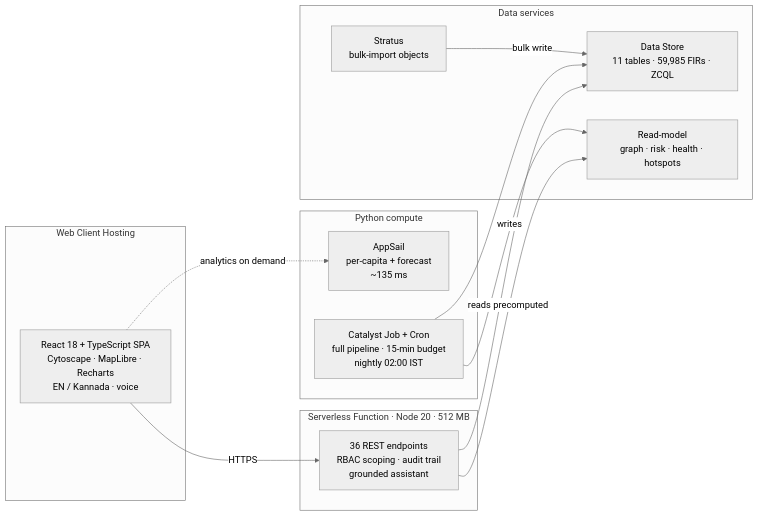
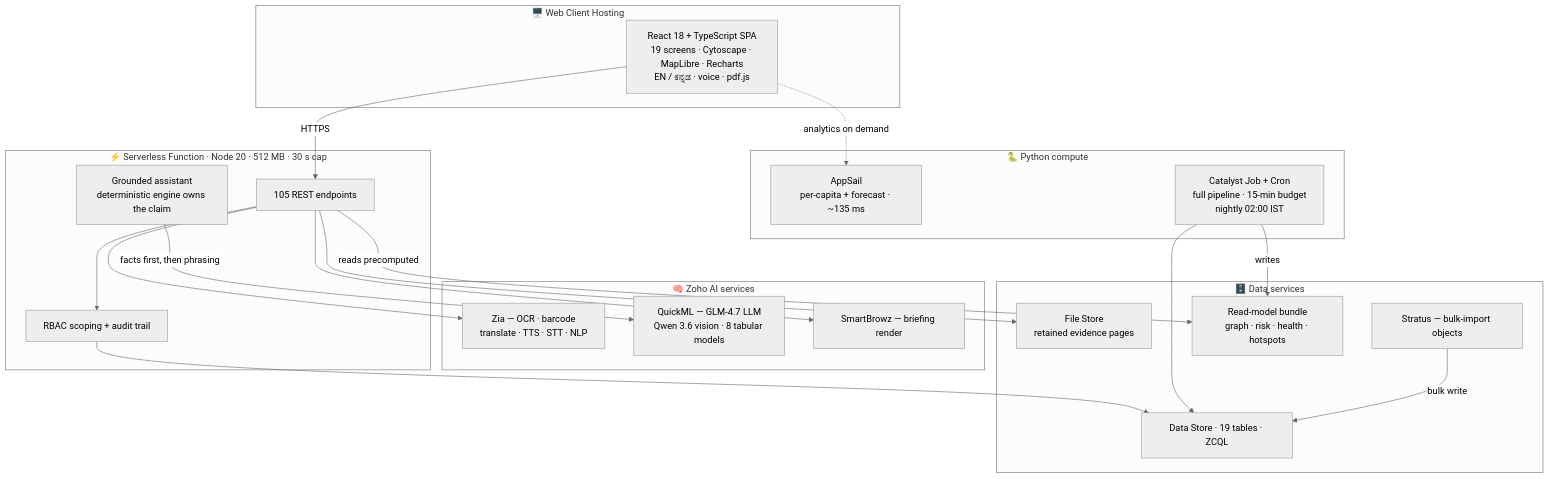
Before and after one commit to adarshcod30/Kadi: the first of 3 diagrams in README.md, drawn with Mermaid (neutral theme). The commit also changed other lines of this file, not shown here.

````diff
--- a/README.md
+++ b/README.md
@@ -228,26 +238,42 @@
 ```mermaid
-flowchart LR
-    subgraph CLIENT["Web Client Hosting"]
-        SPA["React 18 + TypeScript SPA<br/>Cytoscape · MapLibre · Recharts<br/>EN / Kannada · voice"]
+flowchart TB
+    subgraph CLIENT["🖥️  Web Client Hosting"]
+        SPA["React 18 + TypeScript SPA<br/>19 screens · Cytoscape · MapLibre · Recharts<br/>EN / ಕನ್ನಡ · voice · pdf.js"]
     end
-    subgraph API["Serverless Function · Node 20 · 512 MB"]
-        REST["36 REST endpoints<br/>RBAC scoping · audit trail<br/>grounded assistant"]
+
+    subgraph API["⚡  Serverless Function · Node 20 · 512 MB · 30 s cap"]
+        REST["105 REST endpoints"]
+        RBAC["RBAC scoping + audit trail"]
+        ASST["Grounded assistant<br/>deterministic engine owns the claim"]
     end
-    subgraph COMPUTE["Python compute"]
-        APPSAIL["AppSail<br/>per-capita + forecast<br/>~135 ms"]
+
+    subgraph AI["🧠  Zoho AI services"]
+        ZIA["Zia — OCR · barcode<br/>translate · TTS · STT · NLP"]
+        QML["QuickML — GLM-4.7 LLM<br/>Qwen 3.6 vision · 8 tabular models"]
+        SB["SmartBrowz — briefing render"]
+    end
+
+    subgraph COMPUTE["🐍  Python compute"]
+        APPSAIL["AppSail<br/>per-capita + forecast · ~135 ms"]
         JOB["Catalyst Job + Cron<br/>full pipeline · 15-min budget<br/>nightly 02:00 IST"]
     end
-    subgraph DATA["Data services"]
-        DS["Data Store<br/>11 tables · 59,985 FIRs · ZCQL"]
-        ST["Stratus<br/>bulk-import objects"]
-        RM["Read-model<br/>graph · risk · health · hotspots"]
+
+    subgraph DATA["🗄️  Data services"]
+        DS["Data Store · 19 tables · ZCQL"]
+        FS["File Store<br/>retained evidence pages"]
+        ST["Stratus — bulk-import objects"]
+        RM["Read-model bundle<br/>graph · risk · health · hotspots"]
     end
 
     SPA -->|HTTPS| REST
-    REST --> DS
+    REST --> RBAC --> DS
     REST -->|reads precomputed| RM
+    ASST -->|facts first, then phrasing| QML
+    REST --> ZIA
+    REST --> SB
+    REST --> FS
     JOB -->|writes| RM
     JOB --> DS
     ST -->|bulk write| DS
     SPA -.->|analytics on demand| APPSAIL
 ```
````
